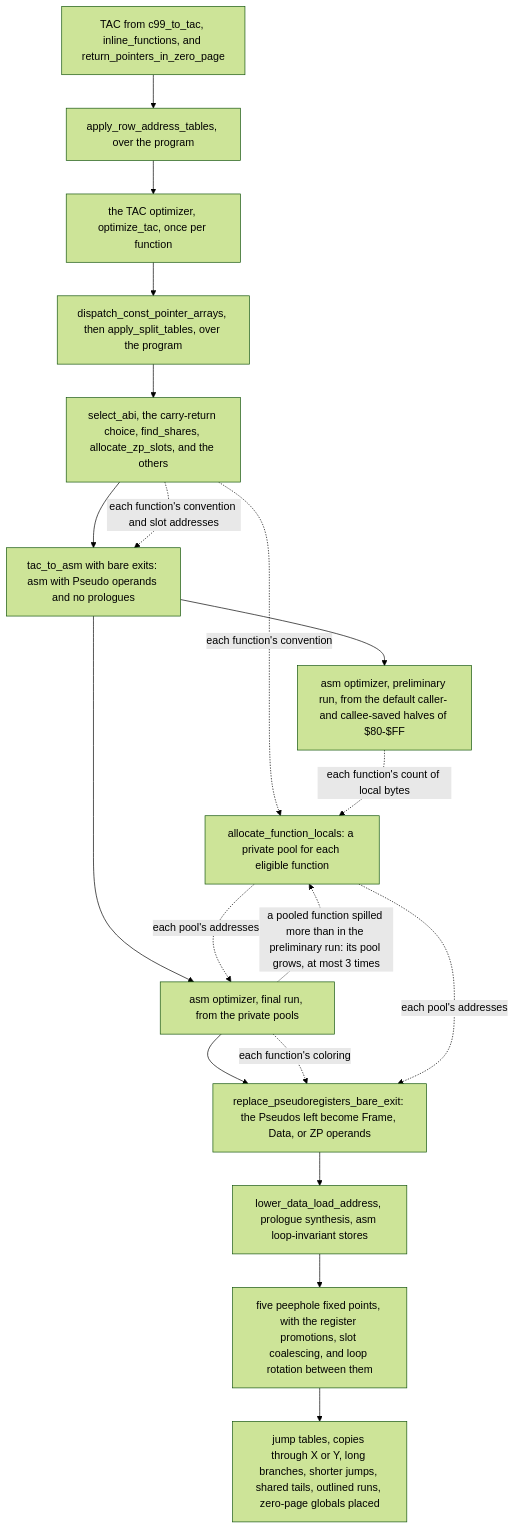
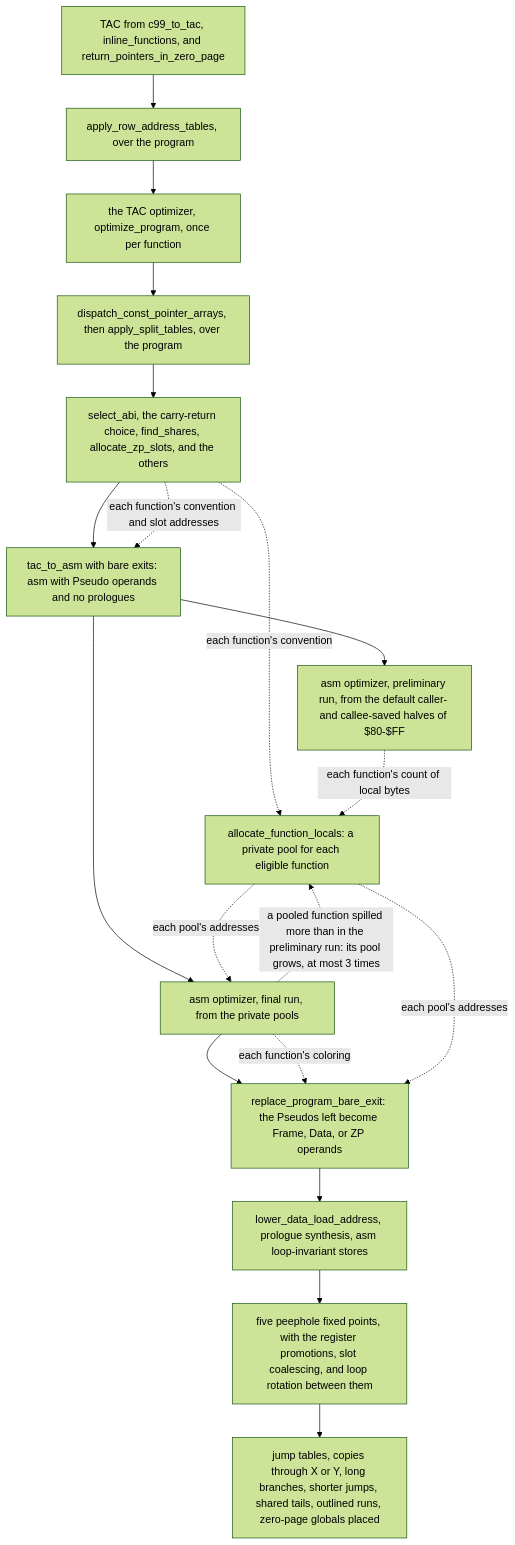
The first of 3 diagrams in docs/optimizations/README.md (XekriRedmane/c6502), drawn with Mermaid (forest theme) before and after one commit. The commit also changed other lines of this file and 153 other files, not shown here.

````diff
--- a/docs/optimizations/README.md
+++ b/docs/optimizations/README.md
@@ -63,28 +63,28 @@
 ```mermaid
 flowchart TD
     tacin["TAC from c99_to_tac, inline_functions, and return_pointers_in_zero_page"]
     rows["apply_row_address_tables, over the program"]
-    tacopt["the TAC optimizer, optimize_tac, once per function"]
+    tacopt["the TAC optimizer, optimize_program, once per function"]
     tables["dispatch_const_pointer_arrays, then apply_split_tables, over the program"]
     abi["select_abi, the carry-return choice, find_shares, allocate_zp_slots, and the others"]
     t2a["tac_to_asm with bare exits: asm with Pseudo operands and no prologues"]
     pre["asm optimizer, preliminary run, from the default caller- and callee-saved halves of $80-$FF"]
     pools["allocate_function_locals: a private pool for each eligible function"]
     fin["asm optimizer, final run, from the private pools"]
-    rp["replace_pseudoregisters_bare_exit: the Pseudos left become Frame, Data, or ZP operands"]
+    rp["replace_program_bare_exit: the Pseudos left become Frame, Data, or ZP operands"]
     late["lower_data_load_address, prologue synthesis, asm loop-invariant stores"]
     peep["five peephole fixed points, with the register promotions, slot coalescing, and loop rotation between them"]
     final["jump tables, copies through X or Y, long branches, shorter jumps, shared tails, outlined runs, zero-page globals placed"]
 
     tacin --> rows --> tacopt --> tables --> abi --> t2a
     t2a --> pre
     t2a --> fin
     fin --> rp --> late --> peep --> final
     abi -.->|"each function's convention and slot addresses"| t2a
     abi -.->|"each function's convention"| pools
     pre -.->|"each function's count of local bytes"| pools
     pools -.->|"each pool's addresses"| fin
     fin -.->|"a pooled function spilled more than in the preliminary run: its pool grows, at most 3 times"| pools
     fin -.->|"each function's coloring"| rp
     pools -.->|"each pool's addresses"| rp
 ```
````
